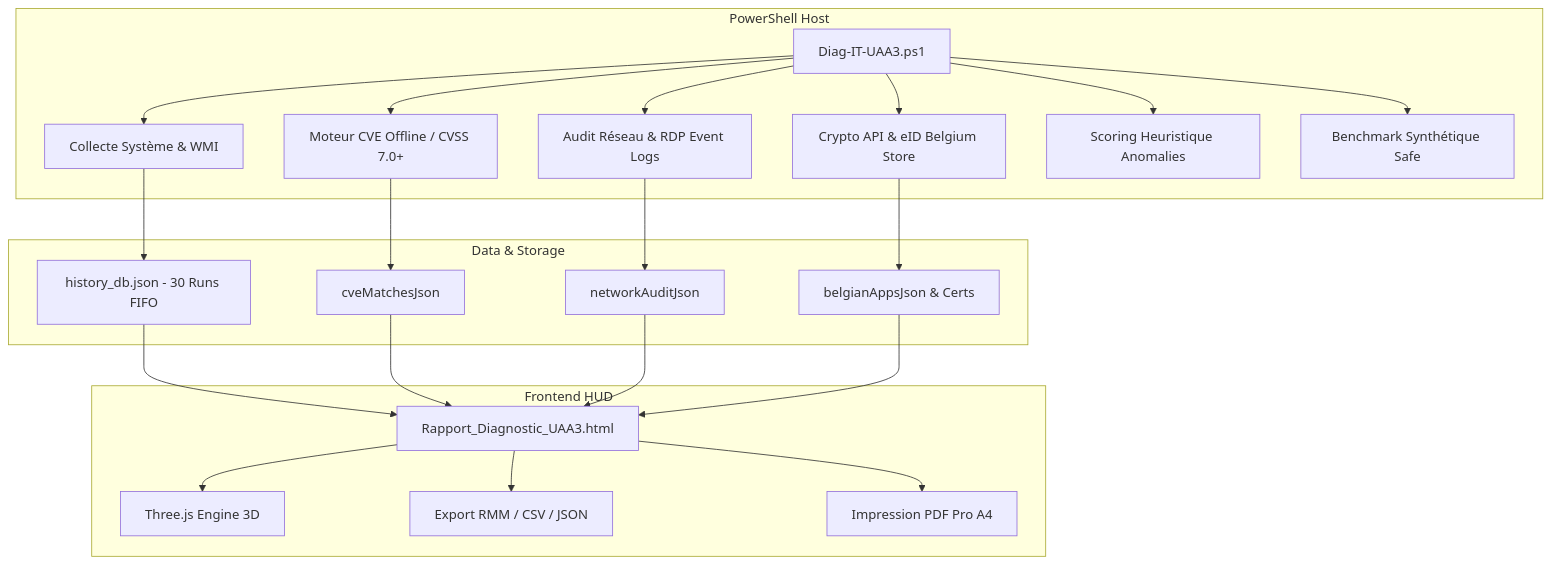
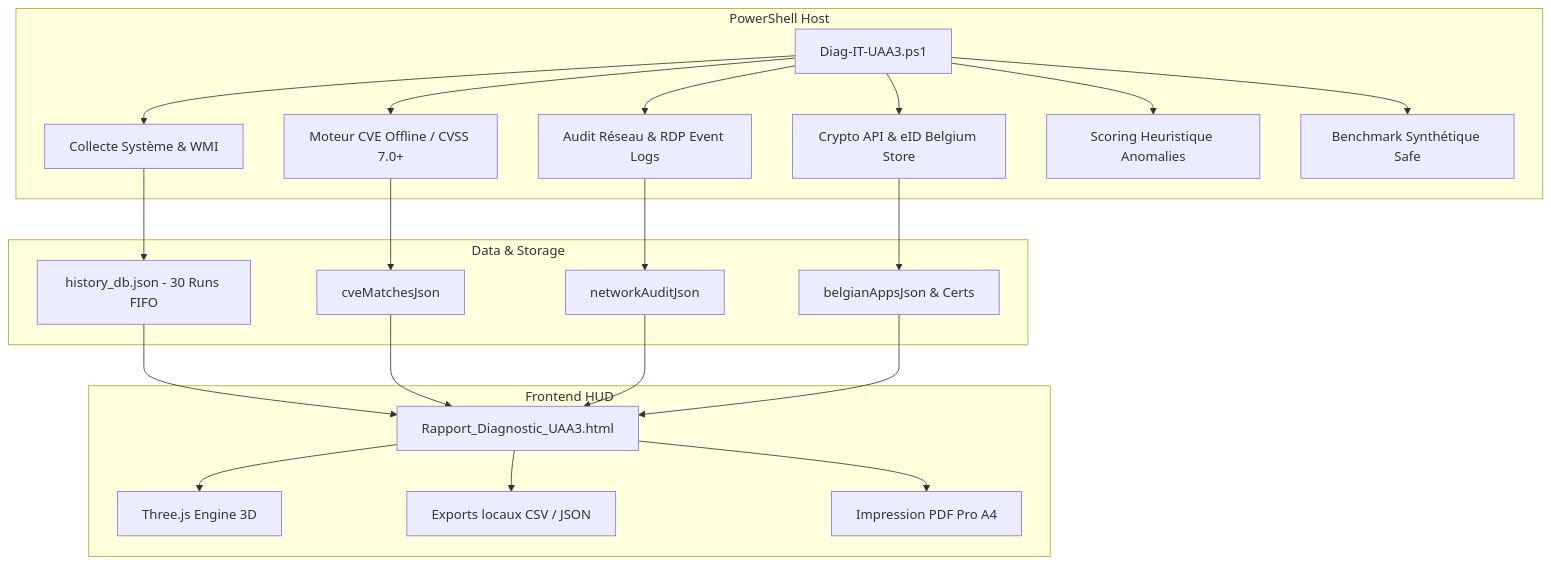
The diagram in ARCHITECTURE.md (mdpwbe-sys/DiagToolIT), drawn with Mermaid before and after one commit. The commit also changed other lines of this file and 15 other files, not shown here.

````diff
--- a/ARCHITECTURE.md
+++ b/ARCHITECTURE.md
@@ -14,26 +14,26 @@
 ```mermaid
 graph TD
     subgraph PowerShell Host
         A[Diag-IT-UAA3.ps1] --> B[Collecte Système & WMI]
         A --> C[Audit Réseau & RDP Event Logs]
         A --> D[Crypto API & eID Belgium Store]
         A --> E[Moteur CVE Offline / CVSS 7.0+]
         A --> F[Scoring Heuristique Anomalies]
         A --> G[Benchmark Synthétique Safe]
     end
     subgraph Data & Storage
         B --> H[history_db.json - 30 Runs FIFO]
         E --> I[cveMatchesJson]
         C --> J[networkAuditJson]
         D --> K[belgianAppsJson & Certs]
     end
     subgraph Frontend HUD
         H --> L[Rapport_Diagnostic_UAA3.html]
         I --> L
         J --> L
         K --> L
         L --> M[Three.js Engine 3D]
-        L --> N[Export RMM / CSV / JSON]
+        L --> N[Exports locaux CSV / JSON]
         L --> O[Impression PDF Pro A4]
     end
 ```
````
